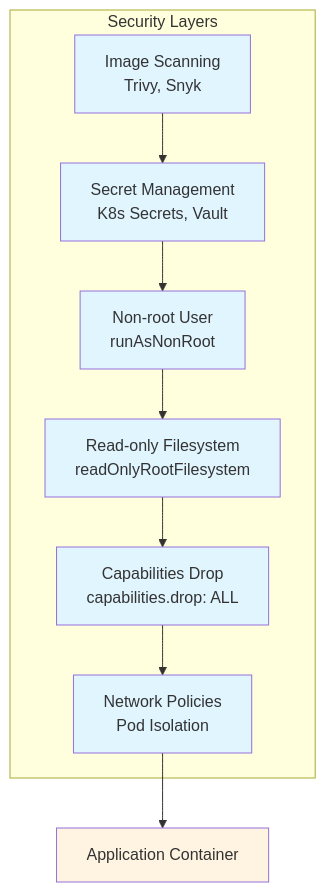
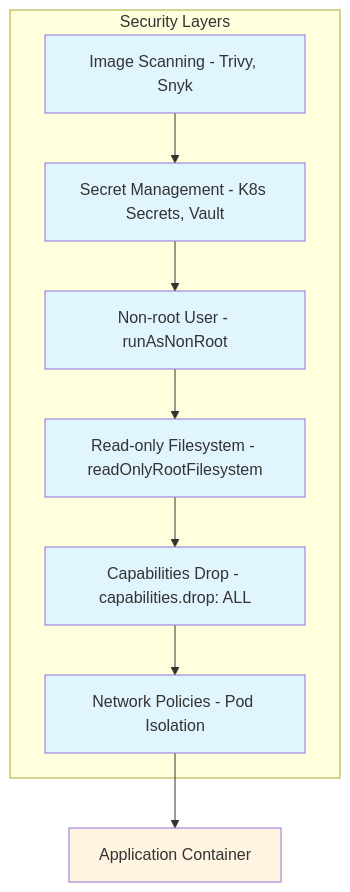
Before and after one commit to Twodragon0/tech-blog: the first of 4 diagrams in _posts/2026-01-15-Cloud_Security_Course_8Batch_7Week_Docker_Kubernetes_Security_Practical_Guide.md, drawn with Mermaid. The commit also changed other lines of this file, not shown here.

First line of the commit message:
Fix mermaid diagram syntax for Safari compatibility (mermaid 10.9.5+)

````diff
--- a/_posts/2026-01-15-Cloud_Security_Course_8Batch_7Week_Docker_Kubernetes_Security_Practical_Guide.md
+++ b/_posts/2026-01-15-Cloud_Security_Course_8Batch_7Week_Docker_Kubernetes_Security_Practical_Guide.md
@@ -223,28 +223,28 @@
 ```mermaid
 graph TB
     subgraph SecurityLayers["Security Layers"]
-        ImageScan["Image Scanning<br/>Trivy, Snyk"]
-        SecretMgmt["Secret Management<br/>K8s Secrets, Vault"]
-        NonRoot["Non-root User<br/>runAsNonRoot"]
-        ReadOnly["Read-only Filesystem<br/>readOnlyRootFilesystem"]
-        CapDrop["Capabilities Drop<br/>capabilities.drop: ALL"]
-        NetworkPolicy["Network Policies<br/>Pod Isolation"]
+        ImageScan["Image Scanning - Trivy, Snyk"]
+        SecretMgmt["Secret Management - K8s Secrets, Vault"]
+        NonRoot["Non-root User - runAsNonRoot"]
+        ReadOnly["Read-only Filesystem - readOnlyRootFilesystem"]
+        CapDrop["Capabilities Drop - capabilities.drop: ALL"]
+        NetworkPolicy["Network Policies - Pod Isolation"]
     end
     
     App["Application Container"]
     
     ImageScan --> SecretMgmt
     SecretMgmt --> NonRoot
     NonRoot --> ReadOnly
     ReadOnly --> CapDrop
     CapDrop --> NetworkPolicy
     NetworkPolicy --> App
     
     style ImageScan fill:#e1f5ff
     style SecretMgmt fill:#e1f5ff
     style NonRoot fill:#e1f5ff
     style ReadOnly fill:#e1f5ff
     style CapDrop fill:#e1f5ff
     style NetworkPolicy fill:#e1f5ff
     style App fill:#fff4e1
 ```
````
